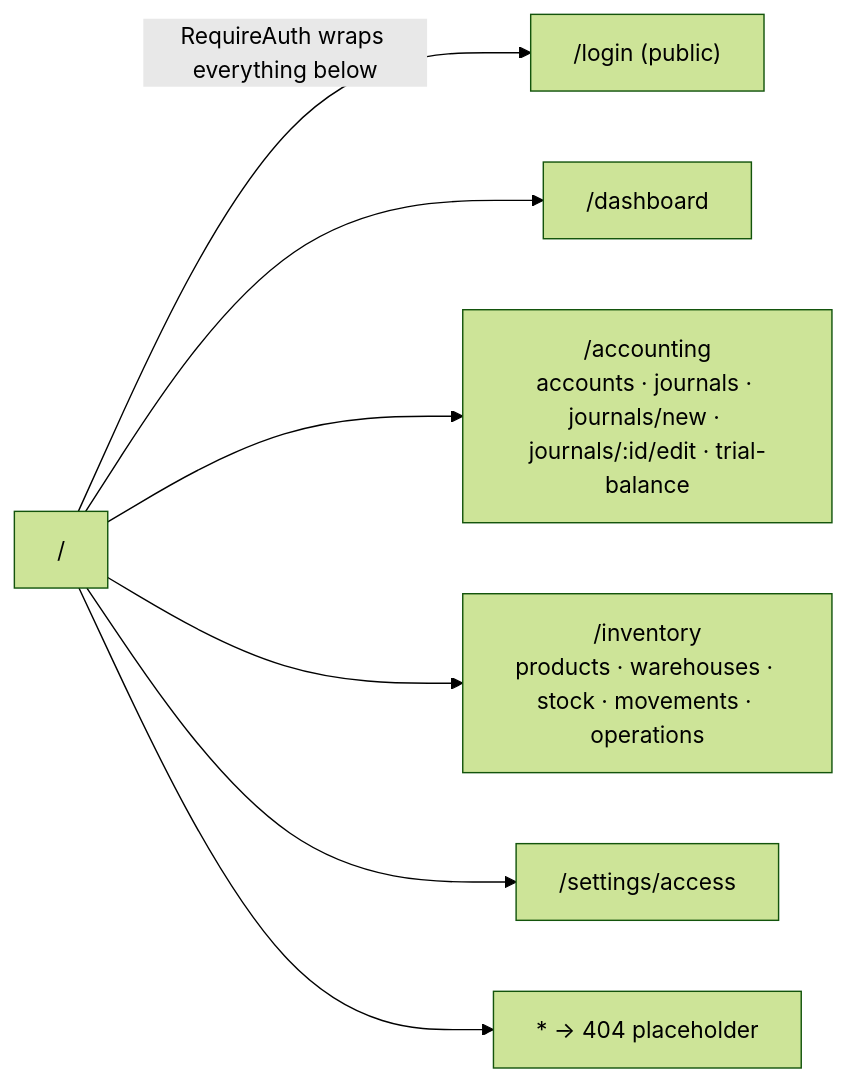
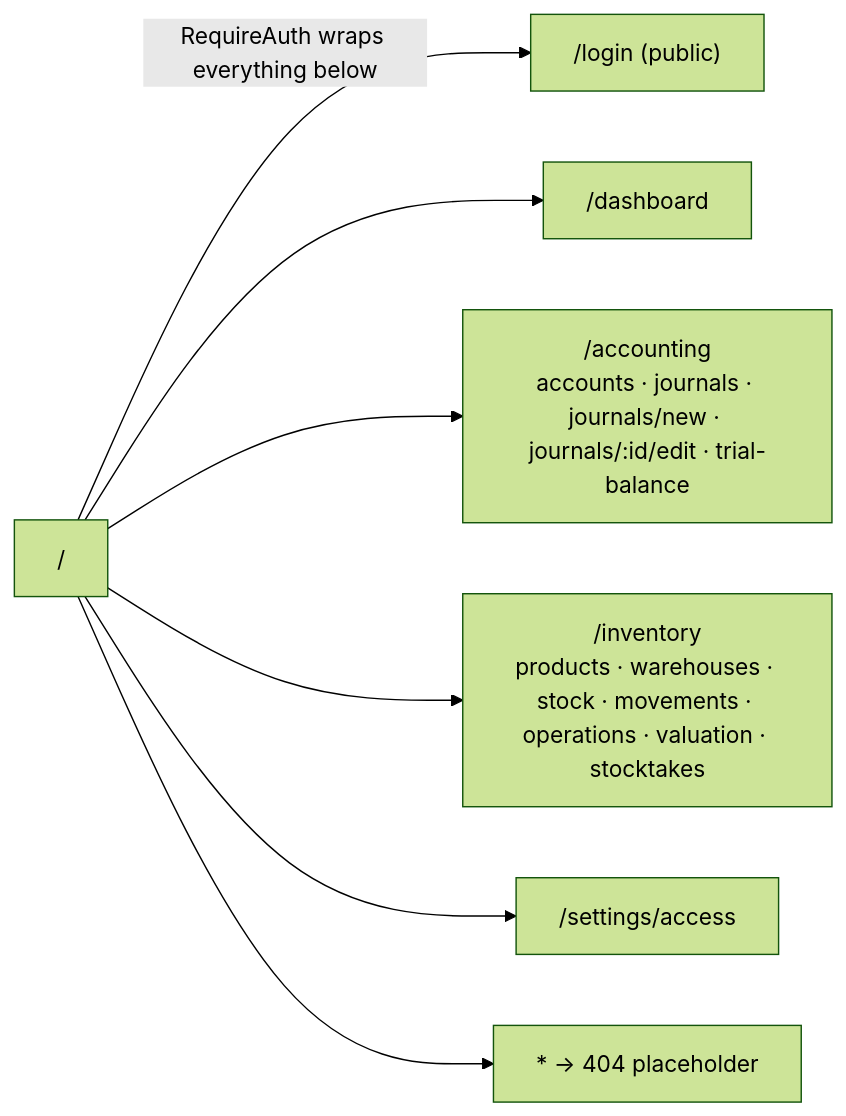
The fifth of 5 diagrams in docs/ARCHITECTURE.md (ahmed-226/ERP-Suite), drawn with Mermaid (forest theme) before and after one commit. The commit also changed other lines of this file and 2 other files, not shown here.

Commit message:
docs: document inventory reports and stocktakes

````diff
--- a/docs/ARCHITECTURE.md
+++ b/docs/ARCHITECTURE.md
@@ -102,9 +102,9 @@
 ```mermaid
 flowchart LR
     ROOT["/"] -->|"RequireAuth wraps everything below"| LOGIN["/login (public)"]
     ROOT --> DASH["/dashboard"]
     ROOT --> ACC["/accounting<br/>accounts · journals · journals/new · journals/:id/edit · trial-balance"]
-    ROOT --> INV["/inventory<br/>products · warehouses · stock · movements · operations"]
+    ROOT --> INV["/inventory<br/>products · warehouses · stock · movements · operations · valuation · stocktakes"]
     ROOT --> SET["/settings/access"]
     ROOT --> NF["* → 404 placeholder"]
 ```
````
